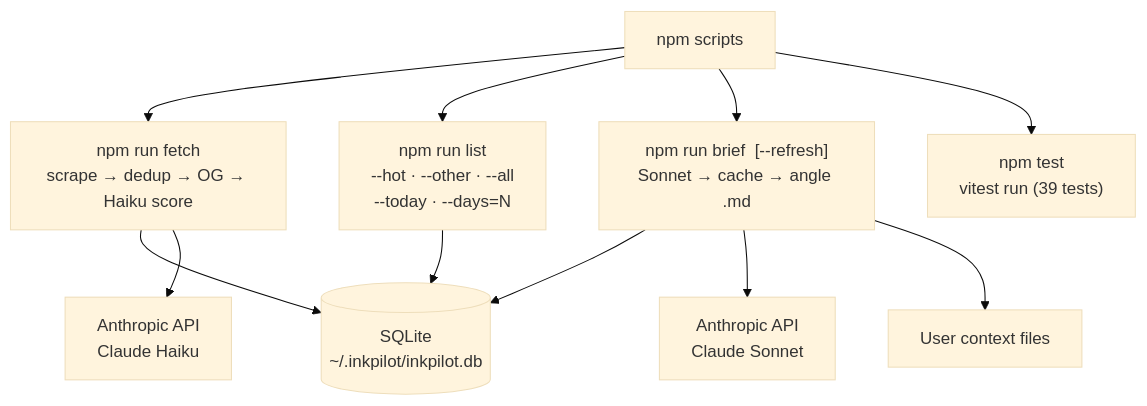
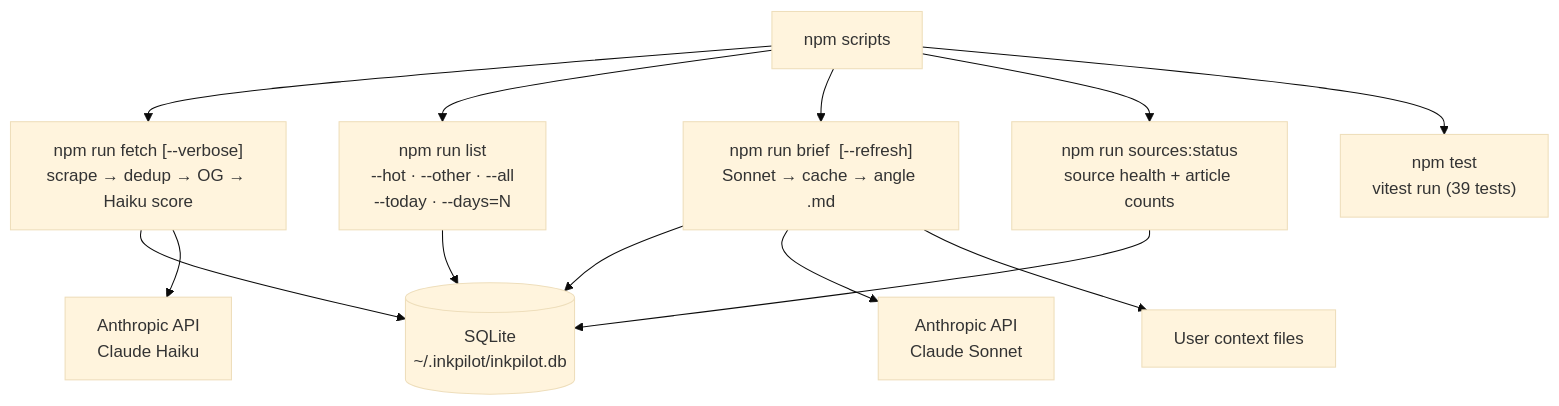
The second of 5 diagrams in PROJECT_OVERVIEW.md (hoanghieu512/InkPilot), drawn with Mermaid (base theme) before and after one commit. The commit also changed other lines of this file and 10 other files, not shown here.

````diff
--- a/PROJECT_OVERVIEW.md
+++ b/PROJECT_OVERVIEW.md
@@ -144,15 +148,17 @@
 ```mermaid
 flowchart TB
   CLI["npm scripts"]
-  CLI --> FETCH["npm run fetch\nscrape → dedup → OG → Haiku score"]
+  CLI --> FETCH["npm run fetch [--verbose]\nscrape → dedup → OG → Haiku score"]
   CLI --> LIST["npm run list\n--hot · --other · --all\n--today · --days=N"]
   CLI --> BRIEF["npm run brief <id> [--refresh]\nSonnet → cache → angle .md"]
+  CLI --> STATUS["npm run sources:status\nsource health + article counts"]
   CLI --> TEST["npm test\nvitest run (39 tests)"]
 
   FETCH --> DB[("SQLite\n~/.inkpilot/inkpilot.db")]
   FETCH --> AN_H["Anthropic API\nClaude Haiku"]
   LIST --> DB
   BRIEF --> DB
   BRIEF --> AN_S["Anthropic API\nClaude Sonnet"]
   BRIEF --> UC["User context files"]
+  STATUS --> DB
 ```
````
